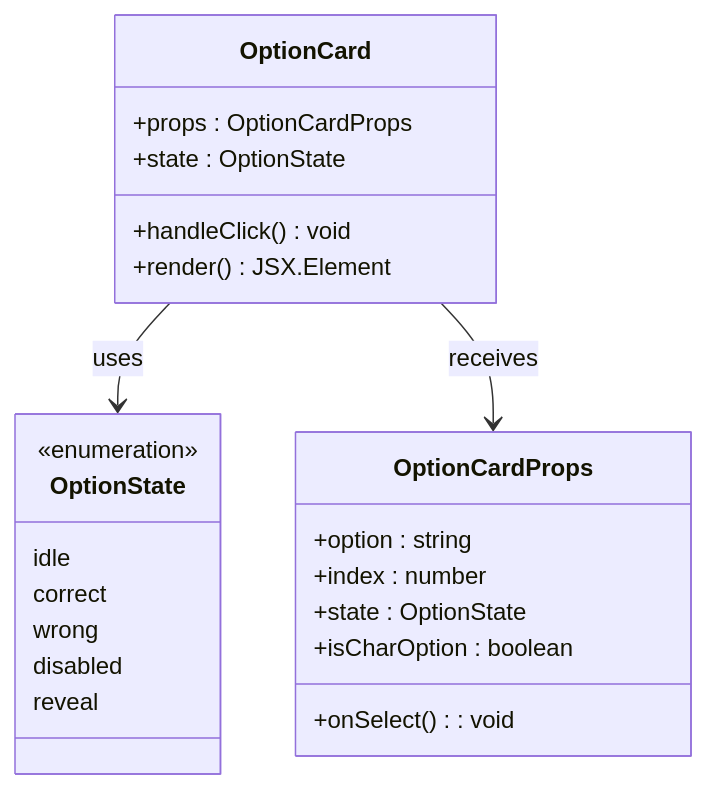
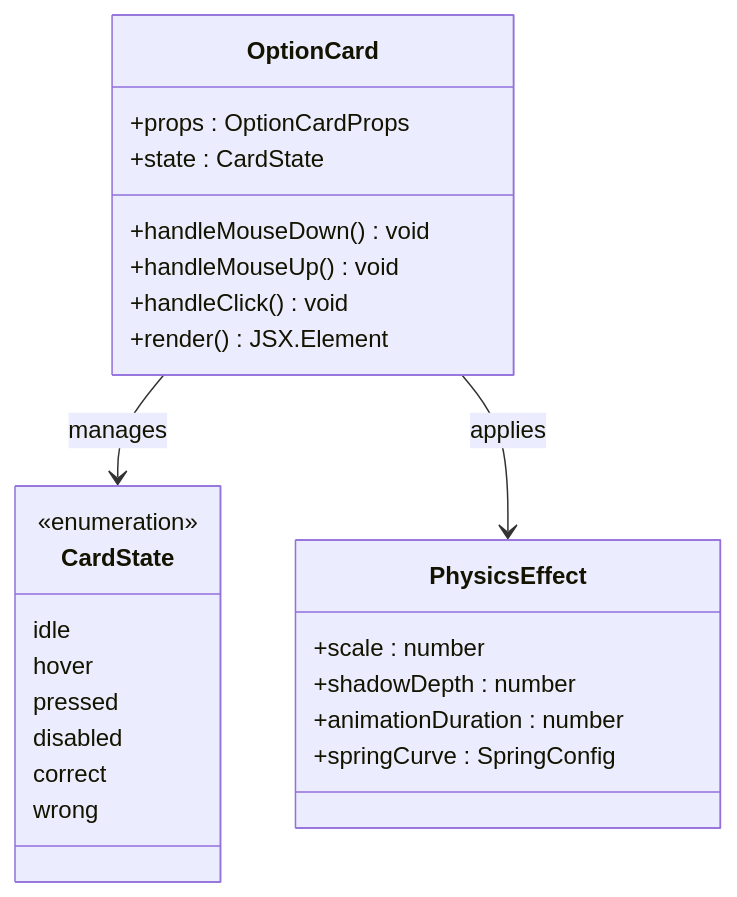
The seventh of 15 diagrams in .qoder/repowiki/zh/content/功能组件详解/学习系统.md (wudeng2005/rainbow-learning), drawn with Mermaid before and after one commit. The commit also changed other lines of this file and 157 other files, not shown here.

````diff
--- a/.qoder/repowiki/zh/content/功能组件详解/学习系统.md
+++ b/.qoder/repowiki/zh/content/功能组件详解/学习系统.md
@@ -344,26 +477,28 @@
 ```mermaid
 classDiagram
 class OptionCard {
 +props : OptionCardProps
-+state : OptionState
++state : CardState
++handleMouseDown() void
++handleMouseUp() void
 +handleClick() void
 +render() JSX.Element
 }
-class OptionState {
+class CardState {
 <<enumeration>>
 idle
+hover
+pressed
+disabled
 correct
 wrong
-disabled
-reveal
 }
-class OptionCardProps {
-+option : string
-+index : number
-+state : OptionState
-+isCharOption : boolean
-+onSelect() : void
+class PhysicsEffect {
++scale : number
++shadowDepth : number
++animationDuration : number
++springCurve : SpringConfig
 }
-OptionCard --> OptionState : uses
-OptionCard --> OptionCardProps : receives
+OptionCard --> CardState : manages
+OptionCard --> PhysicsEffect : applies
 ```
````
